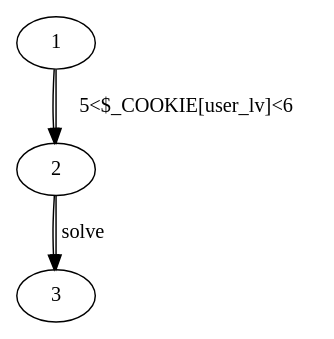
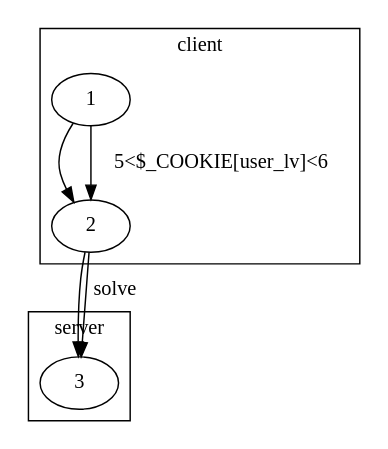
One commit to joizel/ctf_writeup changed the diagram in docs/web/[webhacking] 01.rst. Above: the diagram before and after it, drawn with Graphviz.

Commit message:
replace
replace

```diff
--- a/docs/web/[webhacking] 01.rst
+++ b/docs/web/[webhacking] 01.rst
@@ -8,16 +8,16 @@
 .. graphviz::
 
     digraph {
-        subgraph a {
+        subgraph cluster_0 {
             label="client";
             1->2;
         }
 
-        subgraph b {
+        subgraph cluster_1 {
             label="server";
             2->3;
         }
 
         1->2 [label="5<$_COOKIE[user_lv]<6"];
         2->3 [label="solve"];
     }
```
